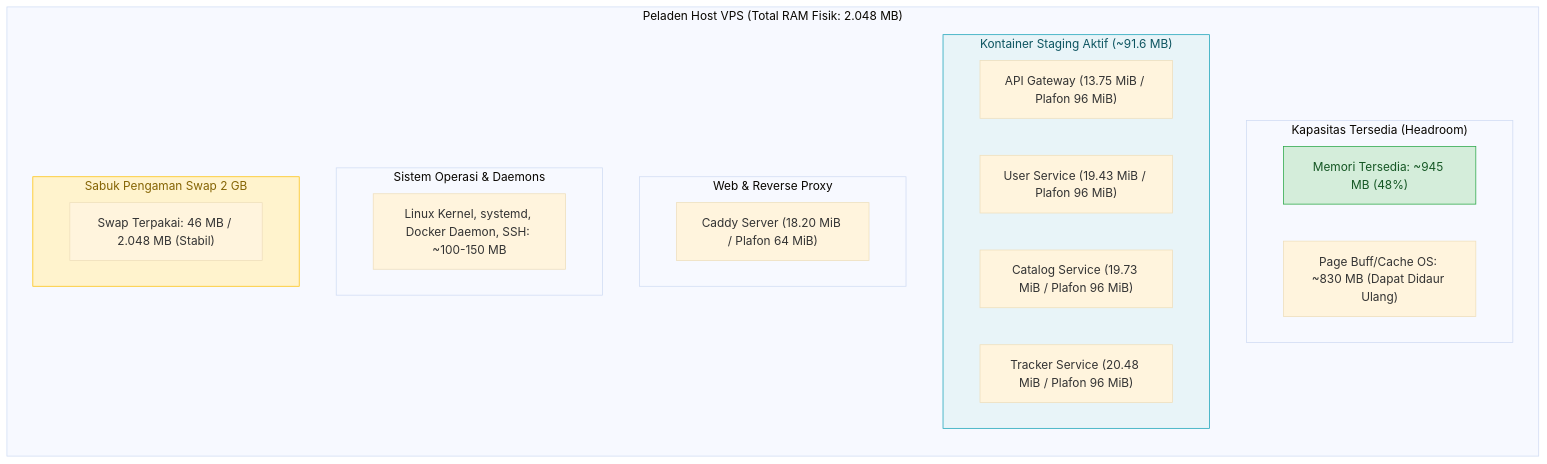
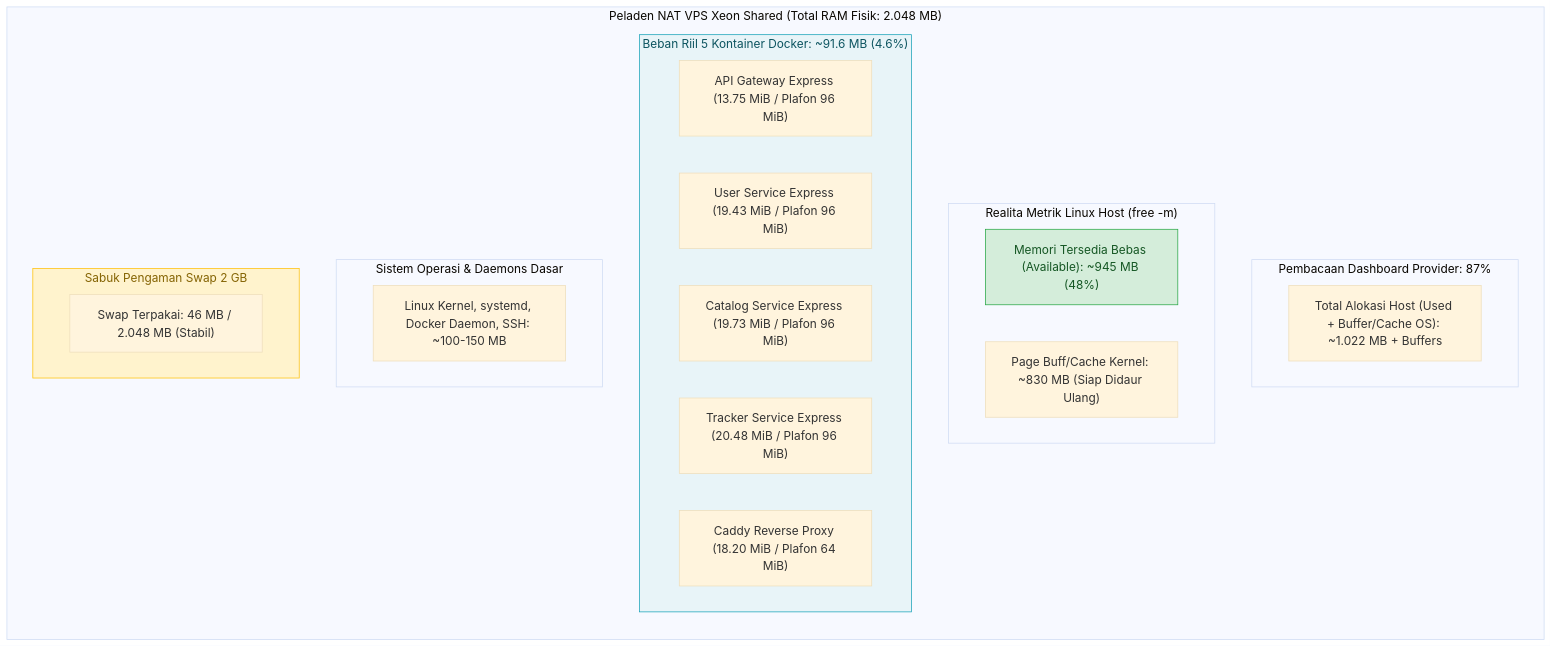
Before and after one commit to aji-banyu/mojiji-animelist: the first of 3 diagrams in docs/deployment/ram.md, drawn with Mermaid (base theme). The commit also changed other lines of this file and 22 other files, not shown here.

Commit message:
docs(infra): adaptasi arsitektur vps xeon shared dan pembersihan dokumentasi [MJ-091]

````diff
--- a/docs/deployment/ram.md
+++ b/docs/deployment/ram.md
@@ -27,33 +30,34 @@
 ```mermaid
 flowchart TD
-    subgraph HostVPS["Peladen Host VPS (Total RAM Fisik: 2.048 MB)"]
+    subgraph HostVPS["Peladen NAT VPS Xeon Shared (Total RAM Fisik: 2.048 MB)"]
         direction TB
-        subgraph MemAvailable["Kapasitas Tersedia (Headroom)"]
-            FreeRAM["Memori Tersedia: ~945 MB (48%)"]
-            BuffCache["Page Buff/Cache OS: ~830 MB (Dapat Didaur Ulang)"]
+        subgraph HypervisorView["Pembacaan Dashboard Provider: 87%"]
+            Allocated["Total Alokasi Host (Used + Buffer/Cache OS): ~1.022 MB + Buffers"]
+        end
+
+        subgraph InGuestLinux["Realita Metrik Linux Host (free -m)"]
+            FreeRAM["Memori Tersedia Bebas (Available): ~945 MB (48%)"]
+            BuffCache["Page Buff/Cache Kernel: ~830 MB (Siap Didaur Ulang)"]
         end
         
-        subgraph StagingContainers["Kontainer Staging Aktif (~91.6 MB)"]
-            GW["API Gateway (13.75 MiB / Plafon 96 MiB)"]
-            USR["User Service (19.43 MiB / Plafon 96 MiB)"]
-            CAT["Catalog Service (19.73 MiB / Plafon 96 MiB)"]
-            TRK["Tracker Service (20.48 MiB / Plafon 96 MiB)"]
+        subgraph StagingContainers["Beban Riil 5 Kontainer Docker: ~91.6 MB (4.6%)"]
+            GW["API Gateway Express (13.75 MiB / Plafon 96 MiB)"]
+            USR["User Service Express (19.43 MiB / Plafon 96 MiB)"]
+            CAT["Catalog Service Express (19.73 MiB / Plafon 96 MiB)"]
+            TRK["Tracker Service Express (20.48 MiB / Plafon 96 MiB)"]
+            CAD["Caddy Reverse Proxy (18.20 MiB / Plafon 64 MiB)"]
         end
 
-        subgraph EdgeLayer["Web & Reverse Proxy"]
-            CAD["Caddy Server (18.20 MiB / Plafon 64 MiB)"]
-        end
-
-        subgraph CoreOS["Sistem Operasi & Daemons"]
+        subgraph CoreOS["Sistem Operasi & Daemons Dasar"]
             OS["Linux Kernel, systemd, Docker Daemon, SSH: ~100-150 MB"]
         end
 
         subgraph SafetySwap["Sabuk Pengaman Swap 2 GB"]
             SW["Swap Terpakai: 46 MB / 2.048 MB (Stabil)"]
         end
     end
 
     style FreeRAM fill:#d4edda,stroke:#28a745,color:#155724
     style StagingContainers fill:#e8f4f8,stroke:#17a2b8,color:#0c5460
     style SafetySwap fill:#fff3cd,stroke:#ffc107,color:#856404
 ```
````
